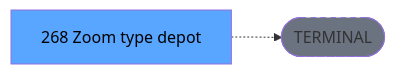
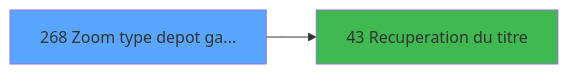
One commit to thonyAGP/magic-migration changed the third of 3 diagrams in .openspec/specs/ADH-IDE-268.md. Above: the diagram before and after it, drawn with Mermaid. The commit also changed other lines of this file and 493 other files, not shown here.

````diff
--- a/.openspec/specs/ADH-IDE-268.md
+++ b/.openspec/specs/ADH-IDE-268.md
@@ -138,8 +275,8 @@
 ```mermaid
 graph LR
-    T[268 Zoom type depot]
-    TERM([TERMINAL])
-    T -.-> TERM
-    style TERM fill:#6b7280,stroke-dasharray: 5 5
-    style T fill:#58a6ff,color:#000
+    T268[268 Zoom type depot ga...]
+    style T268 fill:#58a6ff
+    C43[43 Recuperation du titre]
+    T268 --> C43
+    style C43 fill:#3fb950
 ```
````
